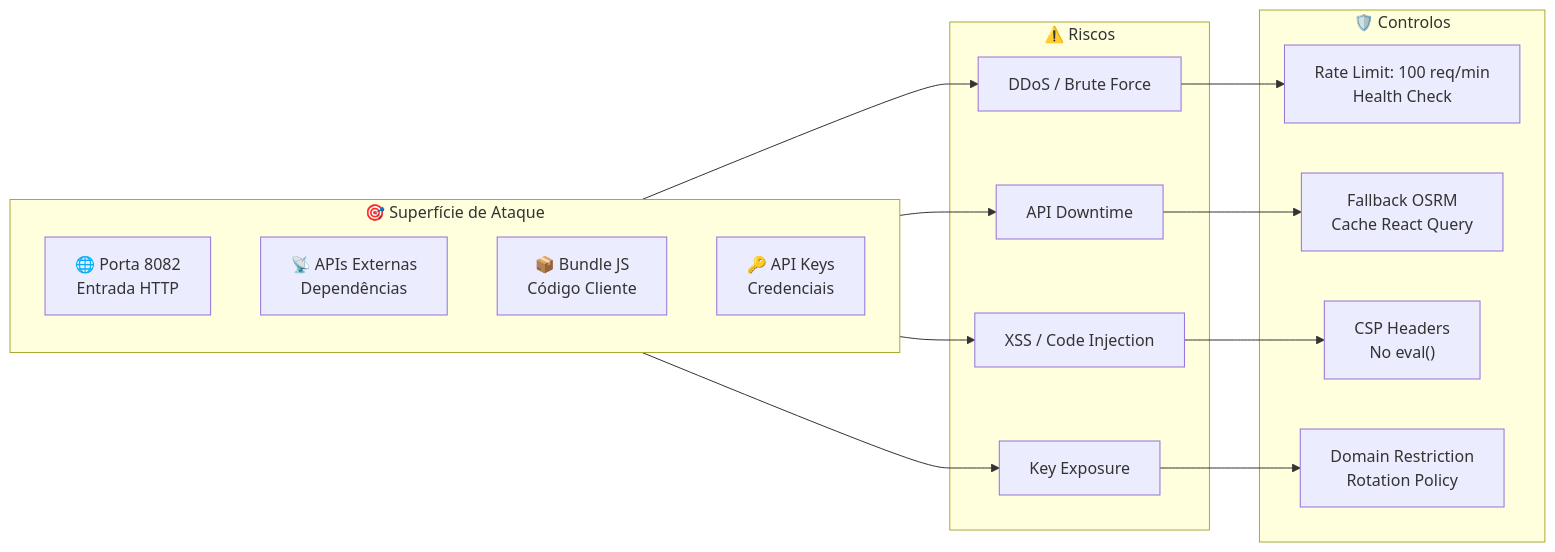
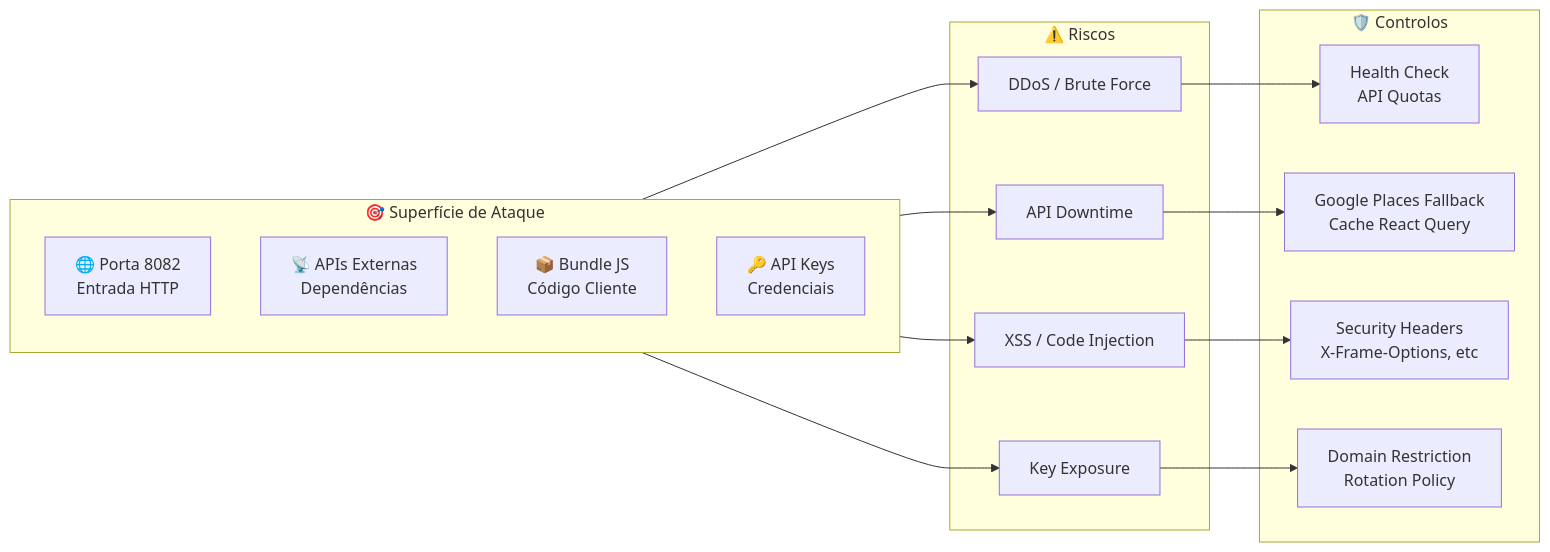
One commit to AlexandreMendesISCTE/Projeto-de-Arquitetura-e-Desenho-de-Software changed diagram 11 of 13 in docs/ARCHITECTURE_SECURITY.md. Above: the diagram before and after it, drawn with Mermaid. The commit also changed other lines of this file and 1 other file, not shown here.

Commit message:
diagrama de classes e google maps service updated

````diff
--- a/docs/ARCHITECTURE_SECURITY.md
+++ b/docs/ARCHITECTURE_SECURITY.md
@@ -431,29 +434,29 @@
 ```mermaid
 flowchart LR
     subgraph Attack_Surface["🎯 Superfície de Ataque"]
         direction TB
         A1["🌐 Porta 8082<br/>Entrada HTTP"]
         A2["📡 APIs Externas<br/>Dependências"]
         A3["📦 Bundle JS<br/>Código Cliente"]
         A4["🔑 API Keys<br/>Credenciais"]
     end
 
     subgraph Risks["⚠️ Riscos"]
         R1["DDoS / Brute Force"]
         R2["API Downtime"]
         R3["XSS / Code Injection"]
         R4["Key Exposure"]
     end
 
     subgraph Controls["🛡️ Controlos"]
-        C1["Rate Limit: 100 req/min<br/>Health Check"]
-        C2["Fallback OSRM<br/>Cache React Query"]
-        C3["CSP Headers<br/>No eval()"]
+        C1["Health Check<br/>API Quotas"]
+        C2["Google Places Fallback<br/>Cache React Query"]
+        C3["Security Headers<br/>X-Frame-Options, etc"]
         C4["Domain Restriction<br/>Rotation Policy"]
     end
 
     A1 --> R1 --> C1
     A2 --> R2 --> C2
     A3 --> R3 --> C3
     A4 --> R4 --> C4
 ```
````
